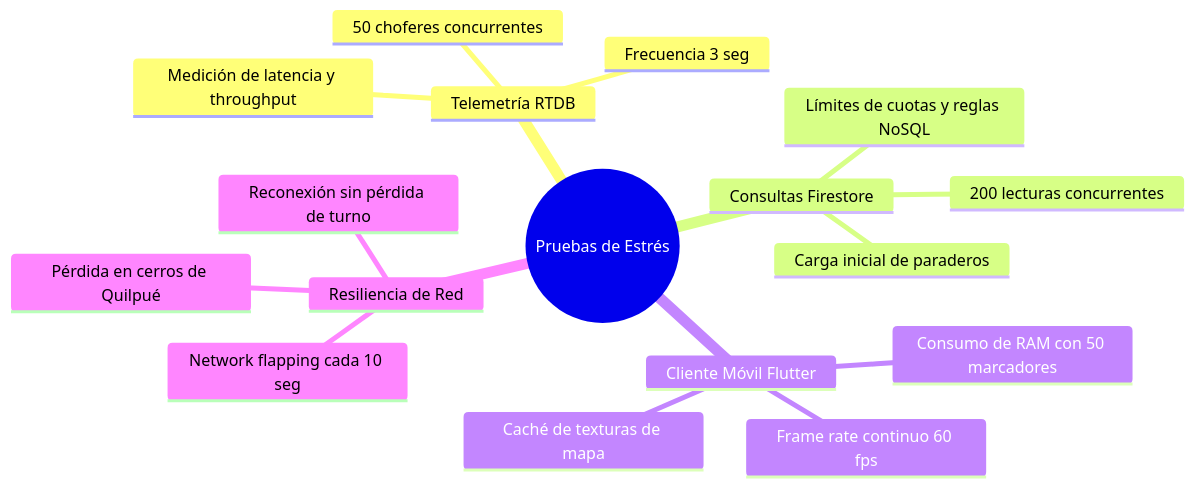
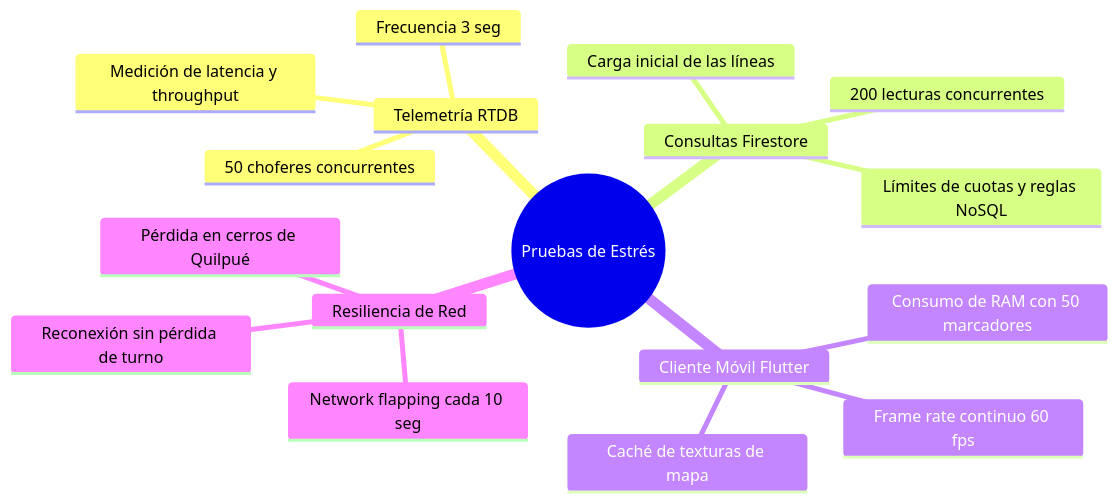
Before and after one commit to Tomas-pucv/Coletotal: the second of 4 diagrams in docs/PLAN_DE_PRUEBAS_Y_ESTRES_DETALLADO.md, drawn with Mermaid. The commit also changed other lines of this file and 68 other files, not shown here.

````diff
--- a/docs/PLAN_DE_PRUEBAS_Y_ESTRES_DETALLADO.md
+++ b/docs/PLAN_DE_PRUEBAS_Y_ESTRES_DETALLADO.md
@@ -52,20 +52,20 @@
 ```mermaid
 mindmap
   root((Pruebas de Estrés))
     Telemetría RTDB
       50 choferes concurrentes
       Frecuencia 3 seg
       Medición de latencia y throughput
     Consultas Firestore
       200 lecturas concurrentes
       Límites de cuotas y reglas NoSQL
-      Carga inicial de paraderos
+      Carga inicial de las líneas
     Cliente Móvil Flutter
       Consumo de RAM con 50 marcadores
       Frame rate continuo 60 fps
       Caché de texturas de mapa
     Resiliencia de Red
       Network flapping cada 10 seg
       Pérdida en cerros de Quilpué
       Reconexión sin pérdida de turno
 ```
````
